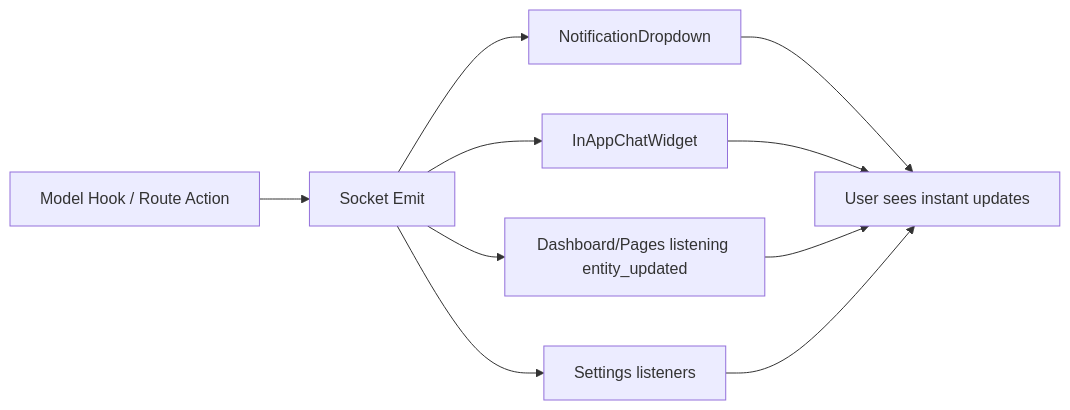
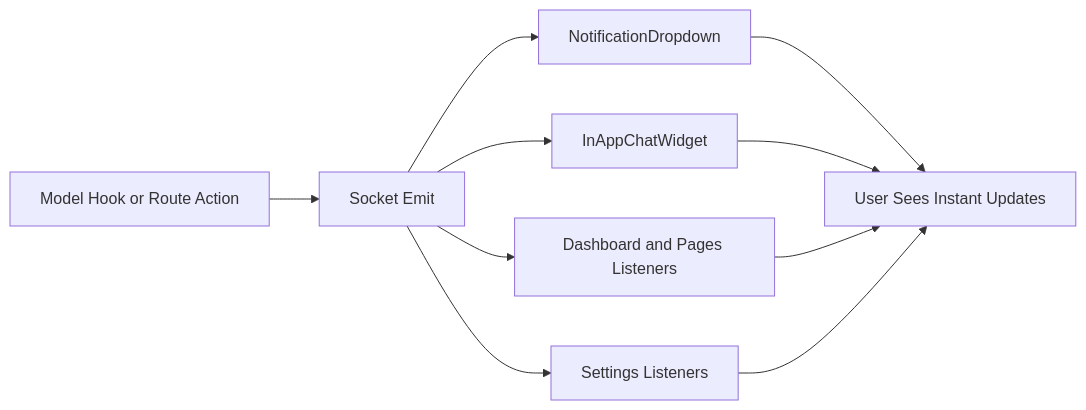
Before and after one commit to gobinath-sketch/system001: the fifth of 6 diagrams in README.md, drawn with Mermaid. The commit also changed other lines of this file, not shown here.

````diff
--- a/README.md
+++ b/README.md
@@ -142,12 +141,12 @@
 ```mermaid
-flowchart LR
-  M[Model Hook / Route Action] --> S[Socket Emit]
-  S --> R1[NotificationDropdown]
-  S --> R2[InAppChatWidget]
-  S --> R3[Dashboard/Pages listening entity_updated]
-  S --> R4[Settings listeners]
-  R1 --> U[User sees instant updates]
-  R2 --> U
-  R3 --> U
-  R4 --> U
+graph LR;
+  M["Model Hook or Route Action"] --> S["Socket Emit"];
+  S --> R1["NotificationDropdown"];
+  S --> R2["InAppChatWidget"];
+  S --> R3["Dashboard and Pages Listeners"];
+  S --> R4["Settings Listeners"];
+  R1 --> U["User Sees Instant Updates"];
+  R2 --> U;
+  R3 --> U;
+  R4 --> U;
 ```
````
